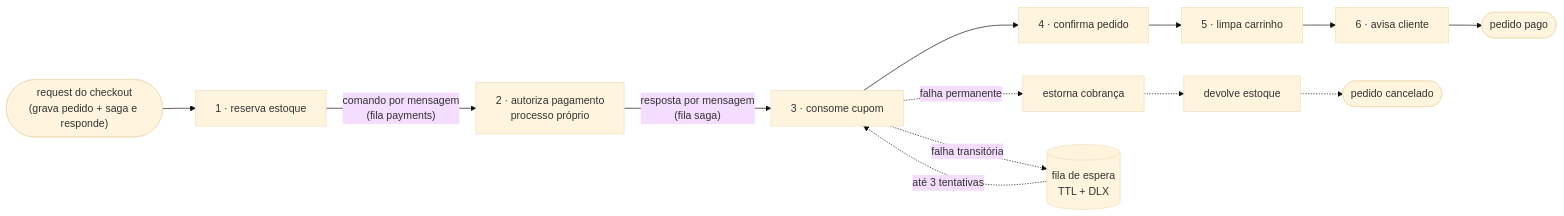
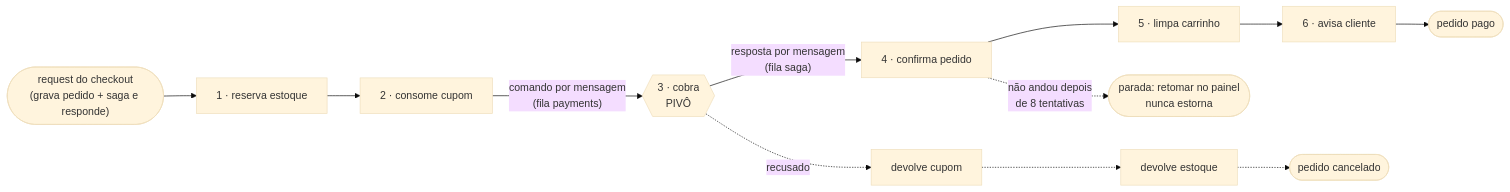
The diagram in README.md (FlavioVic/dystopia), drawn with Mermaid (base theme) before and after one commit. The commit also changed other lines of this file and 26 other files, not shown here.

First line of the commit message:
feat(saga): cobrança como pivô e versão da definição

````diff
--- a/README.md
+++ b/README.md
@@ -94,13 +94,11 @@
 ```mermaid
 flowchart LR
     REQ(["request do checkout<br/>(grava pedido + saga e responde)"]) --> S1[1 · reserva estoque]
-    S1 -- "comando por mensagem<br/>(fila payments)" --> S2[2 · autoriza pagamento<br/>processo próprio]
-    S2 -- "resposta por mensagem<br/>(fila saga)" --> S3[3 · consome cupom]
-    S3 --> S4[4 · confirma pedido] --> S5[5 · limpa carrinho] --> S6[6 · avisa cliente] --> OK([pedido pago])
+    S1 --> S2[2 · consome cupom]
+    S2 -- "comando por mensagem<br/>(fila payments)" --> S3{{3 · cobra<br/>PIVÔ}}
+    S3 -- "resposta por mensagem<br/>(fila saga)" --> S4[4 · confirma pedido]
+    S4 --> S5[5 · limpa carrinho] --> S6[6 · avisa cliente] --> OK([pedido pago])
 
-    S3 -. falha permanente .-> C2[estorna cobrança]
-    C2 -.-> C1[devolve estoque] -.-> X([pedido cancelado])
-
-    S3 -. falha transitória .-> Q[(fila de espera<br/>TTL + DLX)]
-    Q -. "até 3 tentativas" .-> S3
+    S3 -. recusado .-> C2[devolve cupom] -.-> C1[devolve estoque] -.-> X([pedido cancelado])
+    S4 -. "não andou depois<br/>de 8 tentativas" .-> H([parada: retomar no painel<br/>nunca estorna])
 ```
````
